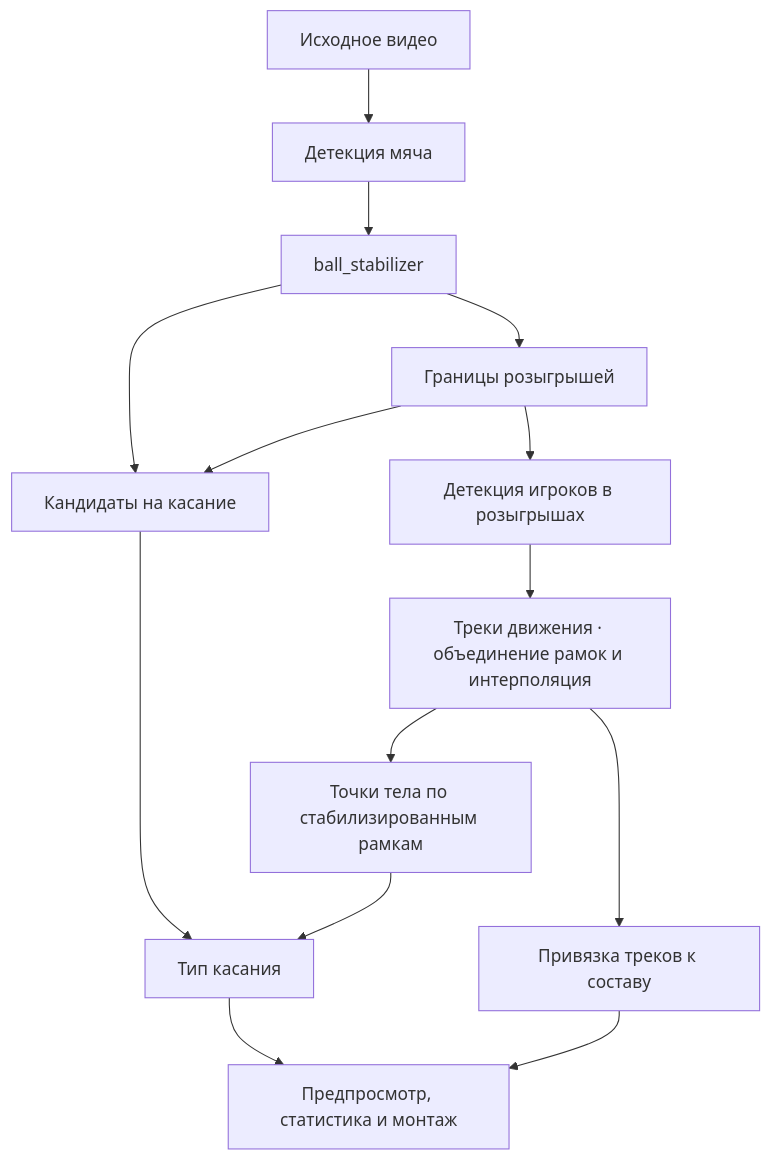
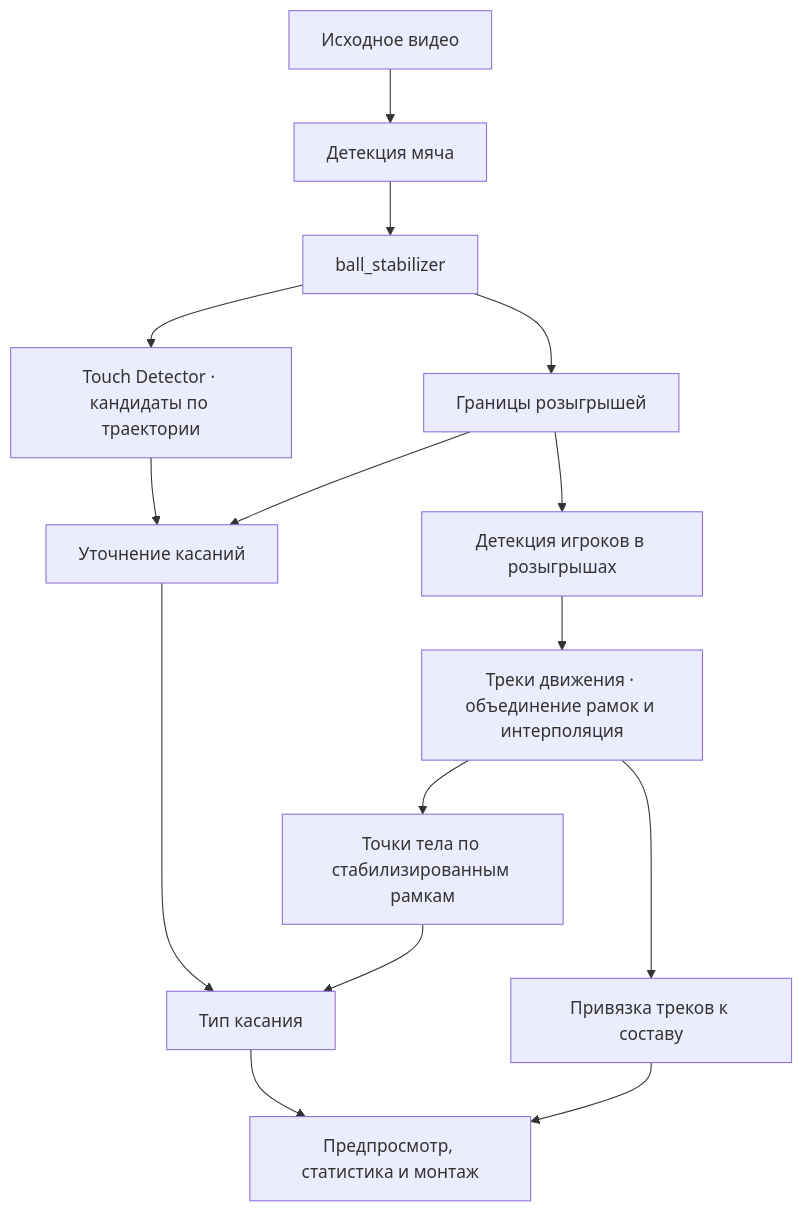
The diagram in docs/STABILIZED_ANALYSIS.md (Amazomic/volleyball_studio), drawn with Mermaid before and after one commit. The commit also changed other lines of this file and 11 other files, not shown here.

Commit message:
Запускать Touch Detector сразу после стабилизации мяча

````diff
--- a/docs/STABILIZED_ANALYSIS.md
+++ b/docs/STABILIZED_ANALYSIS.md
@@ -3,16 +3,17 @@
 ```mermaid
 flowchart TD
     Video["Исходное видео"] --> Ball["Детекция мяча"]
     Ball --> StableBall["ball_stabilizer"]
     StableBall --> Rallies["Границы розыгрышей"]
     Rallies --> Players["Детекция игроков в розыгрышах"]
     Players --> Tracks["Треки движения · объединение рамок и интерполяция"]
     Tracks --> Pose["Точки тела по стабилизированным рамкам"]
-    StableBall --> Touch["Кандидаты на касание"]
+    StableBall --> Detector["Touch Detector · кандидаты по траектории"]
+    Detector --> Touch["Уточнение касаний"]
     Rallies --> Touch
     Touch --> Type["Тип касания"]
     Pose --> Type
     Type --> Output["Предпросмотр, статистика и монтаж"]
     Tracks --> Identity["Привязка треков к составу"]
     Identity --> Output
 ```
````
